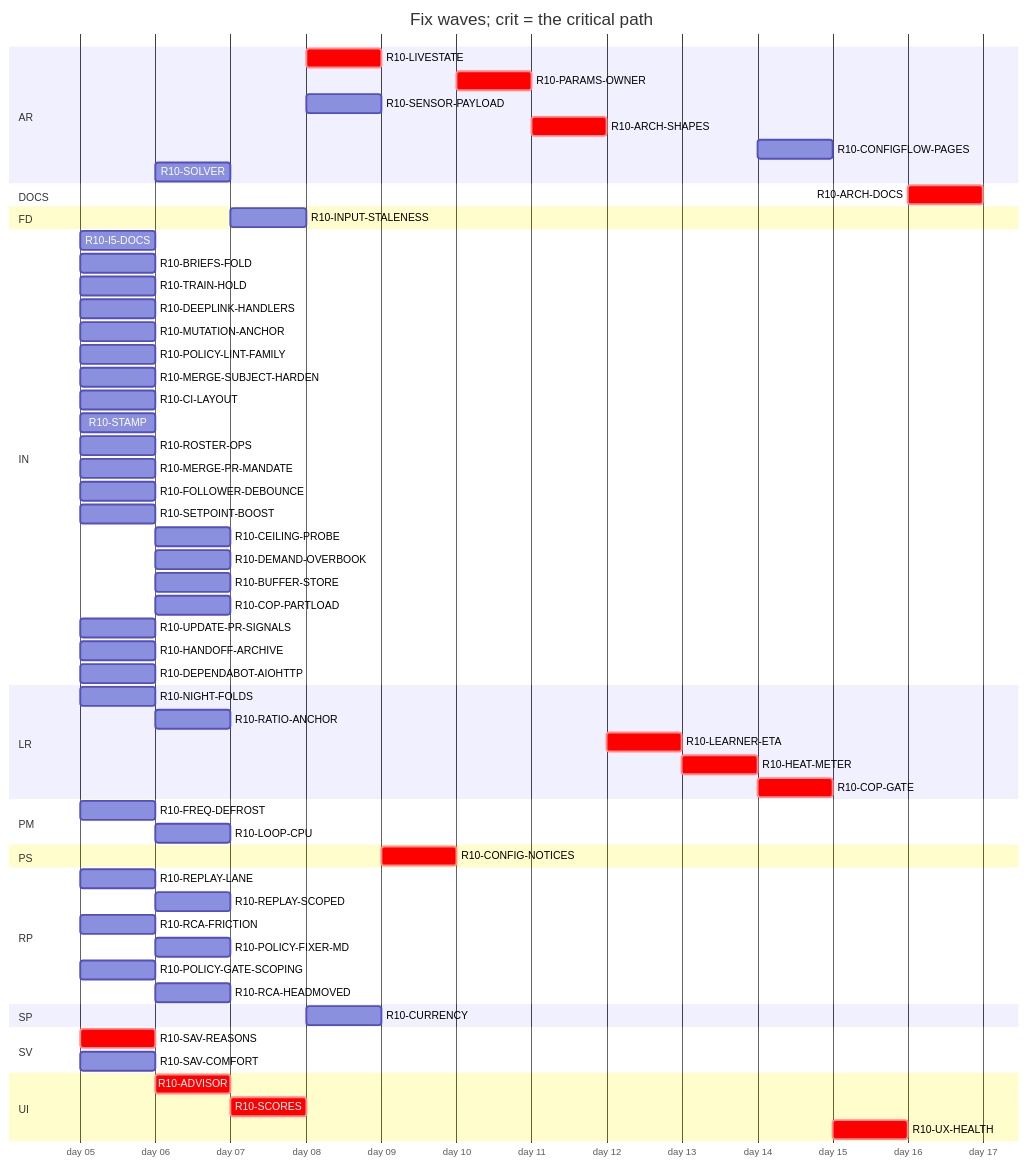
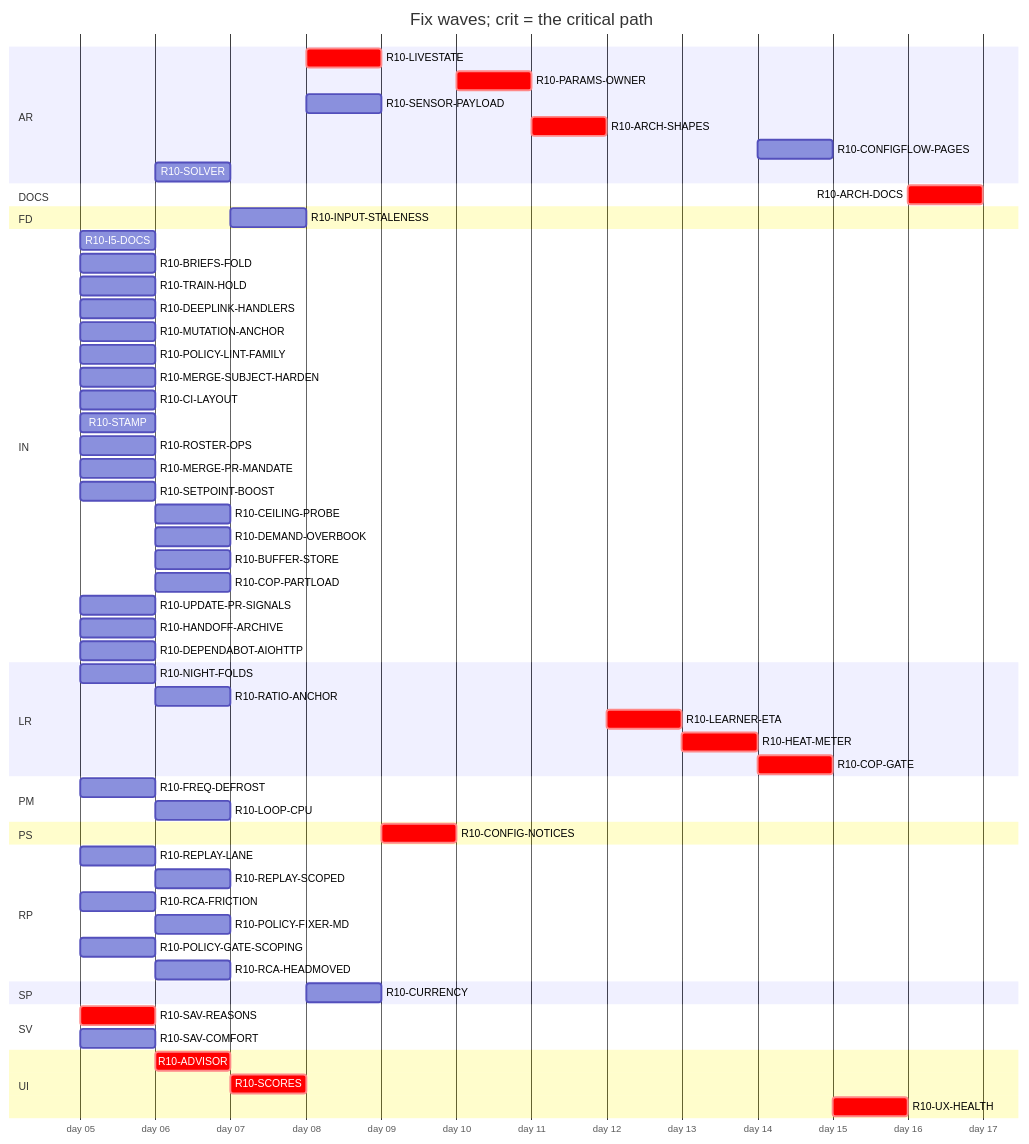
The diagram in handoff/round10/state/PLAN-TABLE.md (tvofi/heatpump_optimizer), drawn with Mermaid before and after one commit. The commit also changed other lines of this file and 2 other files, not shown here.

````diff
--- a/handoff/round10/state/PLAN-TABLE.md
+++ b/handoff/round10/state/PLAN-TABLE.md
@@ -24,65 +24,64 @@
 ```mermaid
 gantt
   title Fix waves; crit = the critical path
   dateFormat YYYY-MM-DD
   axisFormat day %d
   section AR
     R10-LIVESTATE :crit, r10LIVESTATE, after r10SCORES, 1d
     R10-PARAMS-OWNER :crit, r10PARAMSOWNER, after r10CONFIGNOTICES, 1d
     R10-SENSOR-PAYLOAD :r10SENSORPAYLOAD, after r10SCORES, 1d
     R10-ARCH-SHAPES :crit, r10ARCHSHAPES, after r10PARAMSOWNER r10SENSORPAYLOAD r10FREQDEFROST, 1d
     R10-CONFIGFLOW-PAGES :r10CONFIGFLOWPAGES, after r10HEATMETER, 1d
     R10-SOLVER :r10SOLVER, after r10SAVREASONS, 1d
   section DOCS
     R10-ARCH-DOCS :crit, r10ARCHDOCS, after r10NIGHTFOLDS r10RATIOANCHOR r10INPUTSTALENESS r10CURRENCY r10FREQDEFROST r10LOOPCPU r10SAVREASONS r10ADVISOR r10SCORES r10LIVESTATE r10CONFIGNOTICES r10PARAMSOWNER r10SENSORPAYLOAD r10ARCHSHAPES r10LEARNERETA r10HEATMETER r10COPGATE r10UXHEALTH r10CONFIGFLOWPAGES r10SOLVER r10I5DOCS r10BRIEFSFOLD r10REPLAYLANE r10REPLAYSCOPED r10TRAINHOLD r10DEEPLINKHANDLERS, 1d
   section FD
     R10-INPUT-STALENESS :r10INPUTSTALENESS, after r10RATIOANCHOR, 1d
   section IN
     R10-I5-DOCS :r10I5DOCS, 2026-01-05, 1d
     R10-BRIEFS-FOLD :r10BRIEFSFOLD, 2026-01-05, 1d
     R10-TRAIN-HOLD :r10TRAINHOLD, 2026-01-05, 1d
     R10-DEEPLINK-HANDLERS :r10DEEPLINKHANDLERS, 2026-01-05, 1d
     R10-MUTATION-ANCHOR :r10MUTATIONANCHOR, 2026-01-05, 1d
     R10-POLICY-LINT-FAMILY :r10POLICYLINTFAMILY, 2026-01-05, 1d
     R10-MERGE-SUBJECT-HARDEN :r10MERGESUBJECTHARDEN, 2026-01-05, 1d
     R10-CI-LAYOUT :r10CILAYOUT, 2026-01-05, 1d
     R10-STAMP :r10STAMP, 2026-01-05, 1d
     R10-ROSTER-OPS :r10ROSTEROPS, 2026-01-05, 1d
     R10-MERGE-PR-MANDATE :r10MERGEPRMANDATE, 2026-01-05, 1d
-    R10-FOLLOWER-DEBOUNCE :r10FOLLOWERDEBOUNCE, 2026-01-05, 1d
     R10-SETPOINT-BOOST :r10SETPOINTBOOST, 2026-01-05, 1d
     R10-CEILING-PROBE :r10CEILINGPROBE, after r10SETPOINTBOOST r10CILAYOUT r10NIGHTFOLDS, 1d
     R10-DEMAND-OVERBOOK :r10DEMANDOVERBOOK, after r10SETPOINTBOOST, 1d
     R10-BUFFER-STORE :r10BUFFERSTORE, after r10SETPOINTBOOST, 1d
     R10-COP-PARTLOAD :r10COPPARTLOAD, after r10SETPOINTBOOST, 1d
     R10-UPDATE-PR-SIGNALS :r10UPDATEPRSIGNALS, 2026-01-05, 1d
     R10-HANDOFF-ARCHIVE :r10HANDOFFARCHIVE, 2026-01-05, 1d
     R10-DEPENDABOT-AIOHTTP :r10DEPENDABOTAIOHTTP, 2026-01-05, 1d
   section LR
     R10-NIGHT-FOLDS :r10NIGHTFOLDS, 2026-01-05, 1d
     R10-RATIO-ANCHOR :r10RATIOANCHOR, after r10NIGHTFOLDS, 1d
     R10-LEARNER-ETA :crit, r10LEARNERETA, after r10ARCHSHAPES, 1d
     R10-HEAT-METER :crit, r10HEATMETER, after r10LEARNERETA r10INPUTSTALENESS r10RATIOANCHOR, 1d
     R10-COP-GATE :crit, r10COPGATE, after r10HEATMETER r10SENSORPAYLOAD, 1d
   section PM
     R10-FREQ-DEFROST :r10FREQDEFROST, 2026-01-05, 1d
     R10-LOOP-CPU :r10LOOPCPU, after r10FREQDEFROST, 1d
   section PS
     R10-CONFIG-NOTICES :crit, r10CONFIGNOTICES, after r10LIVESTATE, 1d
   section RP
     R10-REPLAY-LANE :r10REPLAYLANE, 2026-01-05, 1d
     R10-REPLAY-SCOPED :r10REPLAYSCOPED, after r10REPLAYLANE r10TRAINHOLD, 1d
     R10-RCA-FRICTION :r10RCAFRICTION, 2026-01-05, 1d
     R10-POLICY-FIXER-MD :r10POLICYFIXERMD, after r10RCAFRICTION r10BRIEFSFOLD, 1d
     R10-POLICY-GATE-SCOPING :r10POLICYGATESCOPING, 2026-01-05, 1d
     R10-RCA-HEADMOVED :r10RCAHEADMOVED, after r10RCAFRICTION, 1d
   section SP
     R10-CURRENCY :r10CURRENCY, after r10INPUTSTALENESS, 1d
   section SV
     R10-SAV-REASONS :crit, r10SAVREASONS, 2026-01-05, 1d
     R10-SAV-COMFORT :r10SAVCOMFORT, 2026-01-05, 1d
   section UI
     R10-ADVISOR :crit, r10ADVISOR, after r10SAVREASONS, 1d
     R10-SCORES :crit, r10SCORES, after r10ADVISOR, 1d
     R10-UX-HEALTH :crit, r10UXHEALTH, after r10SCORES r10COPGATE r10HEATMETER, 1d
 ```
````
